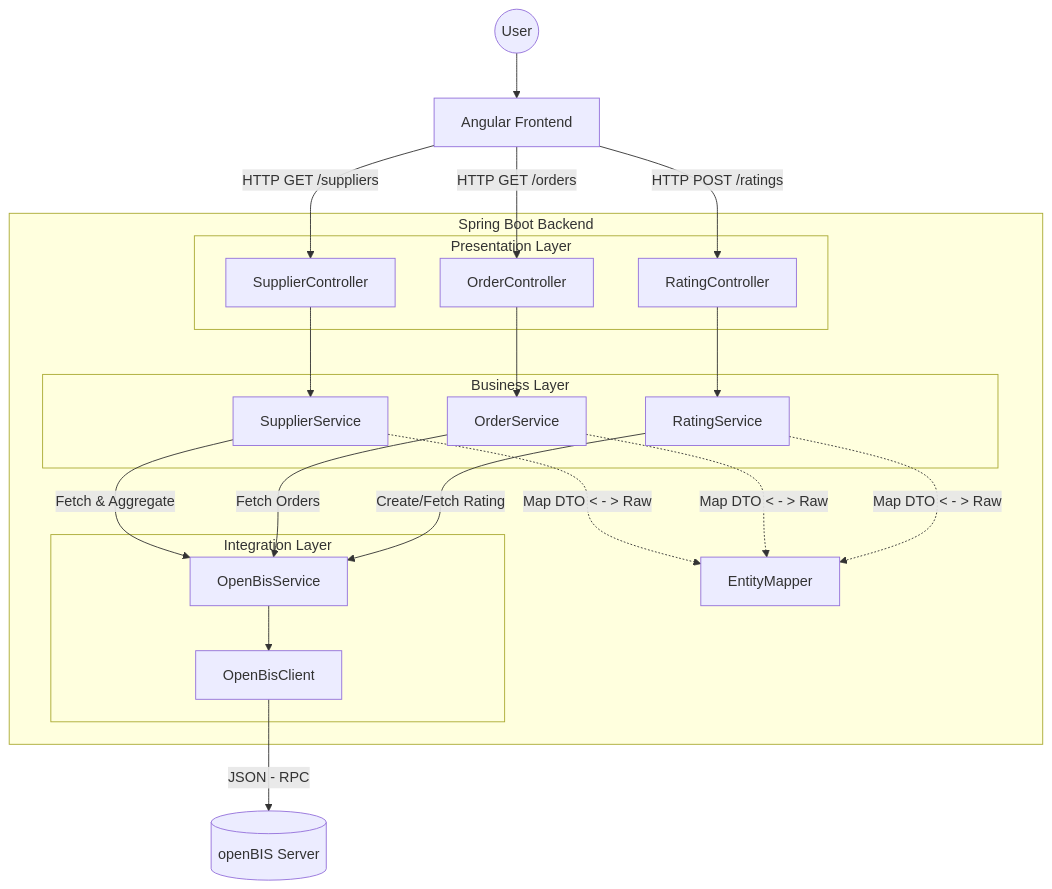
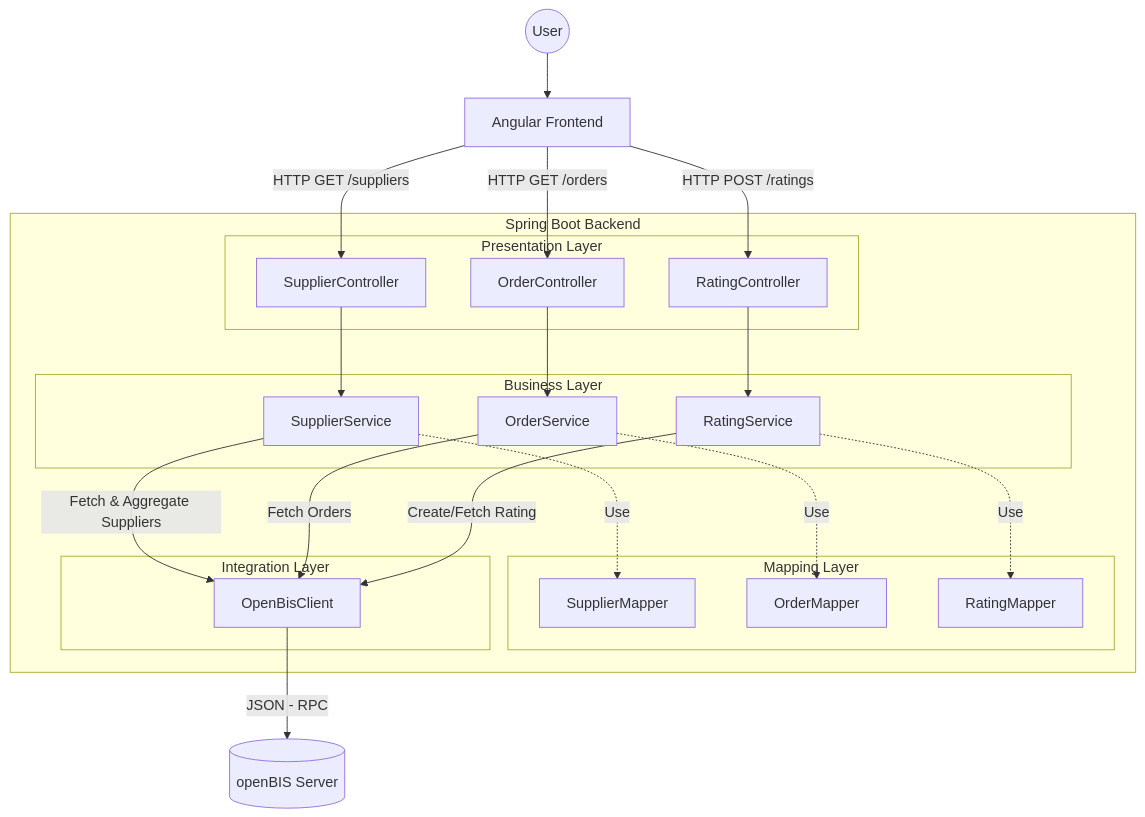
The diagram in README.md (AnuschBachofner/supplierRatingBackend), drawn with Mermaid before and after one commit. The commit also changed other lines of this file and 26 other files, not shown here.

````diff
--- a/README.md
+++ b/README.md
@@ -263,48 +270,50 @@
 ```mermaid
 graph TD
 %% Nodes
     User((User))
     FE[Angular Frontend]
 
     subgraph "Spring Boot Backend"
         subgraph "Presentation Layer"
             C_Supp[SupplierController]
             C_Ord[OrderController]
             C_Rate[RatingController]
         end
 
         subgraph "Business Layer"
             S_Supp[SupplierService]
             S_Ord[OrderService]
             S_Rate[RatingService]
         end
 
-        Mapper[EntityMapper]
+        subgraph "Mapping Layer"
+            M_Supp[SupplierMapper]
+            M_Ord[OrderMapper]
+            M_Rate[RatingMapper]
+        end
 
         subgraph "Integration Layer"
-            OBS[OpenBisService]
             Client[OpenBisClient]
         end
     end
 
     DB[(openBIS Server)]
 %% Request Flow
     User --> FE
     FE -->|HTTP GET /suppliers| C_Supp
     FE -->|HTTP GET /orders| C_Ord
     FE -->|HTTP POST /ratings| C_Rate
     C_Supp --> S_Supp
     C_Ord --> S_Ord
     C_Rate --> S_Rate
 %% Service Logic
-    S_Supp -->|Fetch & Aggregate| OBS
-    S_Ord -->|Fetch Orders| OBS
-    S_Rate -->|Create/Fetch Rating| OBS
+    S_Supp -->|Fetch & Aggregate Suppliers| Client
+    S_Ord -->|Fetch Orders| Client
+    S_Rate -->|Create/Fetch Rating| Client
 %% Integration
-    OBS --> Client
     Client -->|JSON - RPC| DB
-%% Mapping Dependencies
-    S_Supp -.->|Map DTO < - > Raw| Mapper
-    S_Ord -.->|Map DTO < - > Raw| Mapper
-    S_Rate -.->|Map DTO < - > Raw| Mapper
+%% Mapping Dependencies (Specific Mappers)
+    S_Supp -.->|Use| M_Supp
+    S_Ord -.->|Use| M_Ord
+    S_Rate -.->|Use| M_Rate
 ```
````
